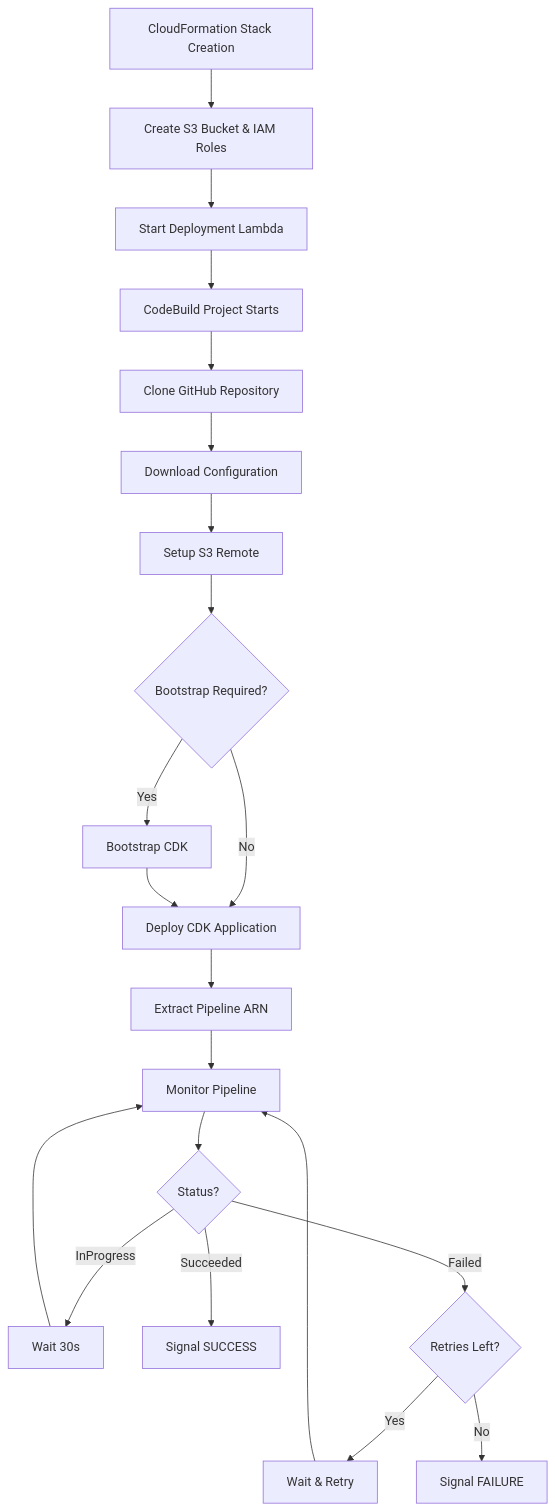
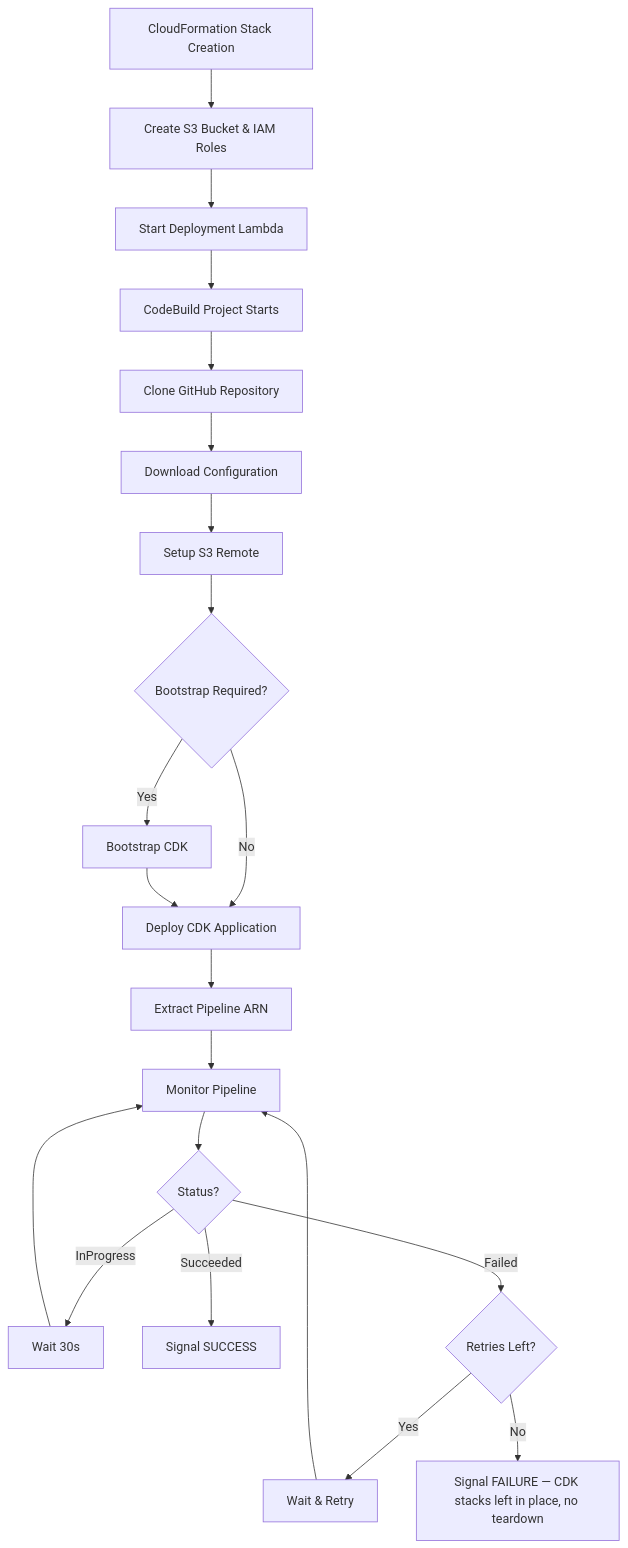
Before and after one commit to aws-samples/one-observability-demo: the diagram in docs-site/docs/deployment/codebuild-template.md, drawn with Mermaid. The commit also changed other lines of this file and 12 other files, not shown here.

````diff
--- a/docs-site/docs/deployment/codebuild-template.md
+++ b/docs-site/docs/deployment/codebuild-template.md
@@ -18,23 +33,23 @@
 ```mermaid
 flowchart TD
     A[CloudFormation Stack Creation] --> B[Create S3 Bucket & IAM Roles]
     B --> C[Start Deployment Lambda]
     C --> D[CodeBuild Project Starts]
     D --> E[Clone GitHub Repository]
     E --> F[Download Configuration]
     F --> G[Setup S3 Remote]
     G --> H{Bootstrap Required?}
     H -->|Yes| I[Bootstrap CDK]
     H -->|No| J[Deploy CDK Application]
     I --> J
     J --> K[Extract Pipeline ARN]
     K --> L[Monitor Pipeline]
     L --> M{Status?}
     M -->|InProgress| N[Wait 30s]
     N --> L
     M -->|Succeeded| O[Signal SUCCESS]
     M -->|Failed| P{Retries Left?}
     P -->|Yes| Q[Wait & Retry]
     Q --> L
-    P -->|No| R[Signal FAILURE]
+    P -->|No| R[Signal FAILURE — CDK stacks left in place, no teardown]
 ```
````
